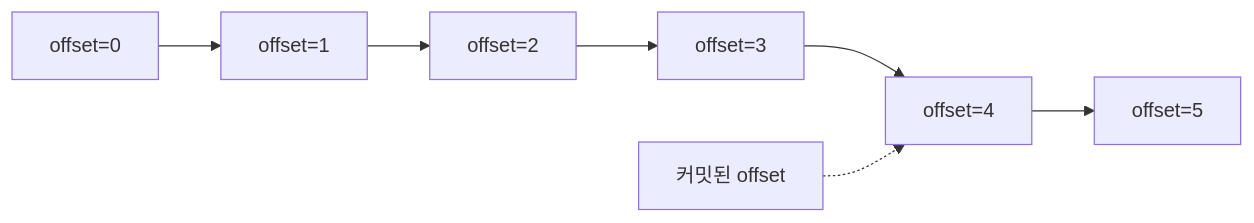
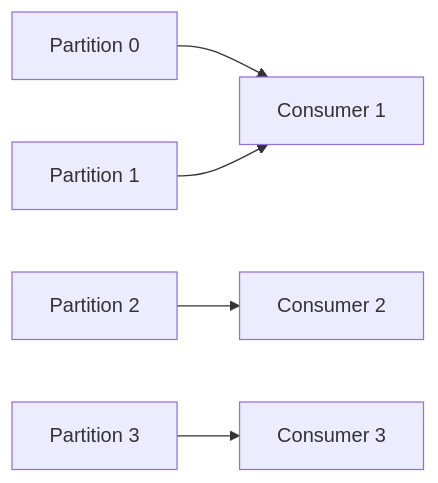
One commit to yjkim2015/yjkim2015.github.io changed the fourth of 11 diagrams in _posts/kafka/2026-05-01-kafka-fundamentals.md. Above: the diagram before and after it, drawn with Mermaid. The commit also changed other lines of this file and 5 other files, not shown here.

````diff
--- a/_posts/kafka/2026-05-01-kafka-fundamentals.md
+++ b/_posts/kafka/2026-05-01-kafka-fundamentals.md
@@ -190,5 +230,7 @@
 ```mermaid
 graph LR
-    O0["offset=0"] --> O1["offset=1"] --> O2["offset=2"] --> O3["offset=3"] --> O4["offset=4"] --> O5["offset=5"]
-    COMMIT["커밋된 offset"] -.-> O4
+    P0["Partition 0"] --> C1["Consumer 1"]
+    P1["Partition 1"] --> C1
+    P2["Partition 2"] --> C2["Consumer 2"]
+    P3["Partition 3"] --> C3["Consumer 3"]
 ```
````
